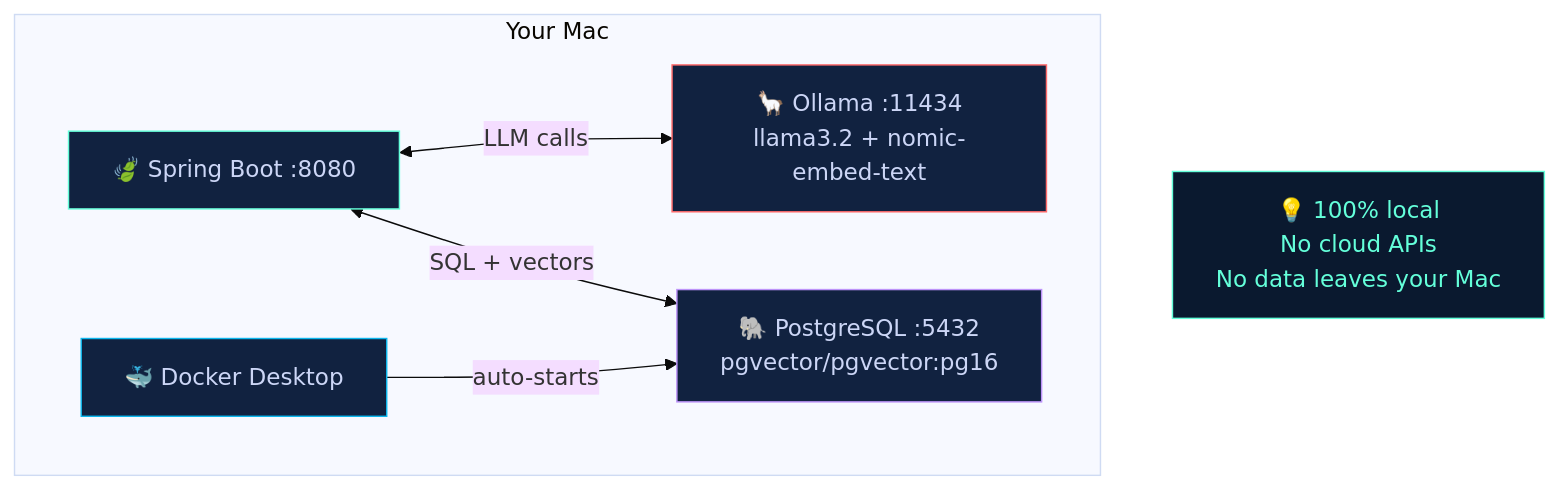
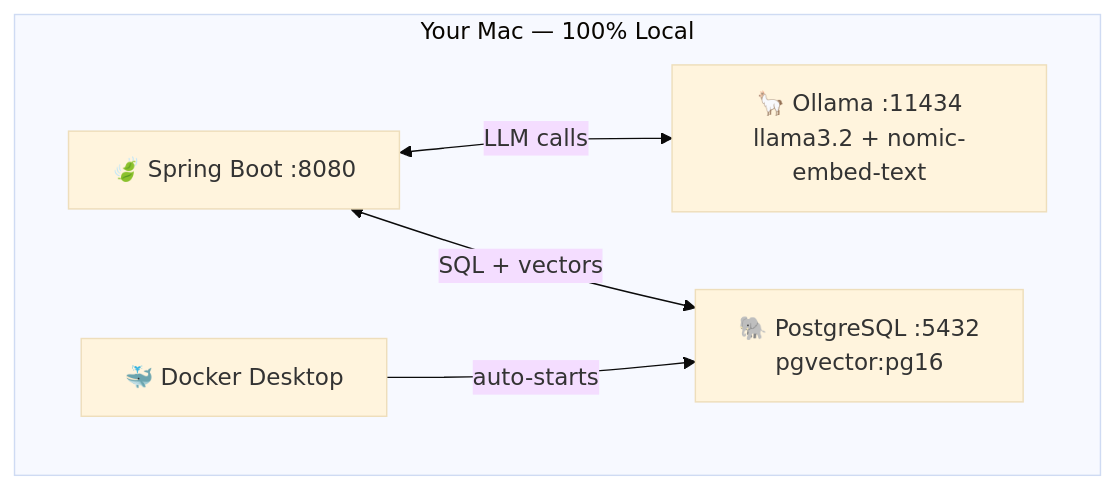
The third of 3 diagrams in README.md (Siddhant1419/docqa-rag), drawn with Mermaid (base theme) before and after one commit. The commit also changed other lines of this file, not shown here.

Commit message:
Fix README: complete content + Mermaid diagrams

````diff
--- a/README.md
+++ b/README.md
@@ -41,21 +55,12 @@
 ```mermaid
 graph TB
-    subgraph Your Mac
-        A[🍃 Spring Boot :8080]
-        B[🦙 Ollama :11434\nllama3.2 + nomic-embed-text]
-        C[🐳 Docker Desktop]
-        D[🐘 PostgreSQL :5432\npgvector/pgvector:pg16]
+    subgraph mac["Your Mac — 100% Local"]
+        A["🍃 Spring Boot :8080"]
+        B["🦙 Ollama :11434\nllama3.2 + nomic-embed-text"]
+        C["🐳 Docker Desktop"]
+        D["🐘 PostgreSQL :5432\npgvector:pg16"]
     end
-
     A <-->|LLM calls| B
     A <-->|SQL + vectors| D
     C -->|auto-starts| D
-
-    note[💡 100% local\nNo cloud APIs\nNo data leaves your Mac]
-
-    style A fill:#112240,stroke:#64ffda,color:#ccd6f6
-    style B fill:#112240,stroke:#ff6b6b,color:#ccd6f6
-    style C fill:#112240,stroke:#0db7ed,color:#ccd6f6
-    style D fill:#112240,stroke:#bd93f9,color:#ccd6f6
-    style note fill:#0a192f,stroke:#64ffda,color:#64ffda
 ```
````
